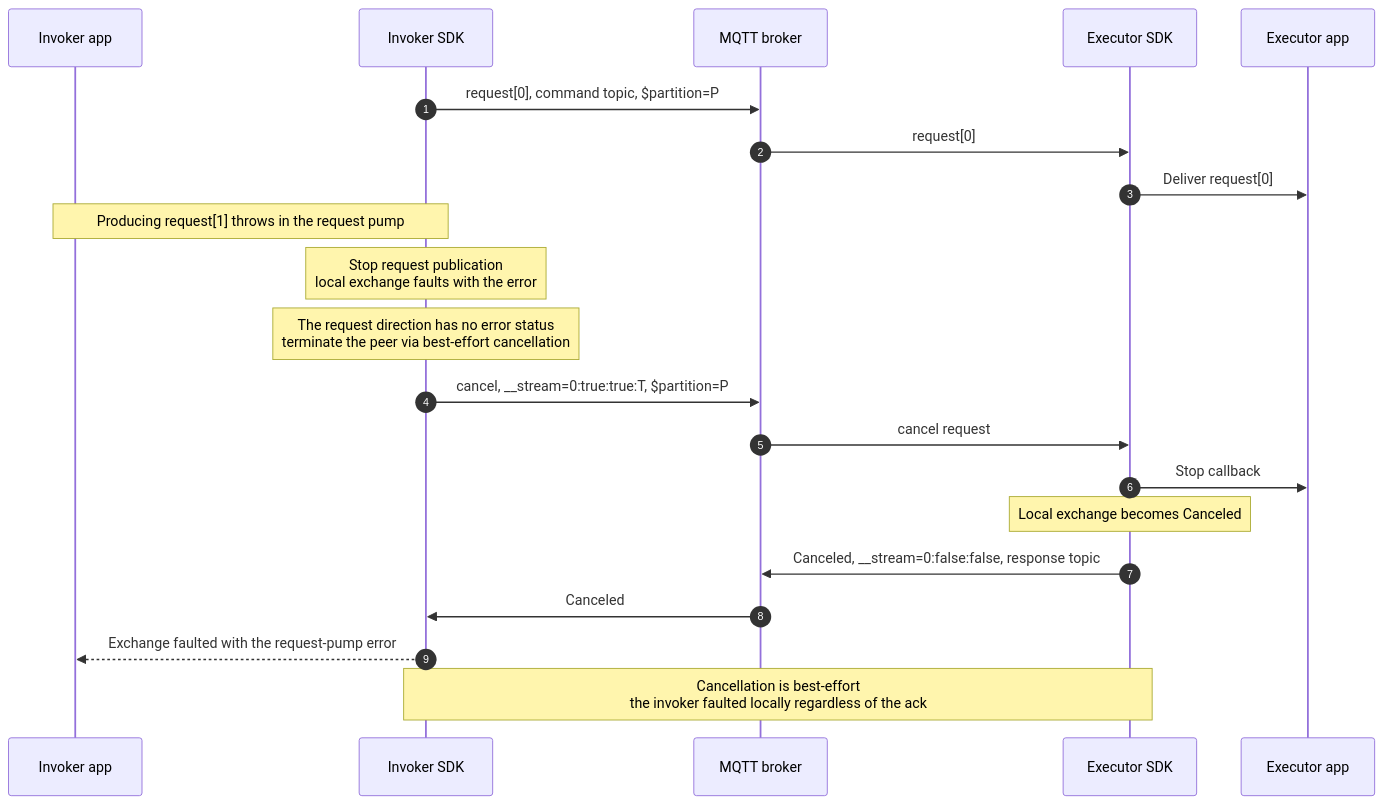
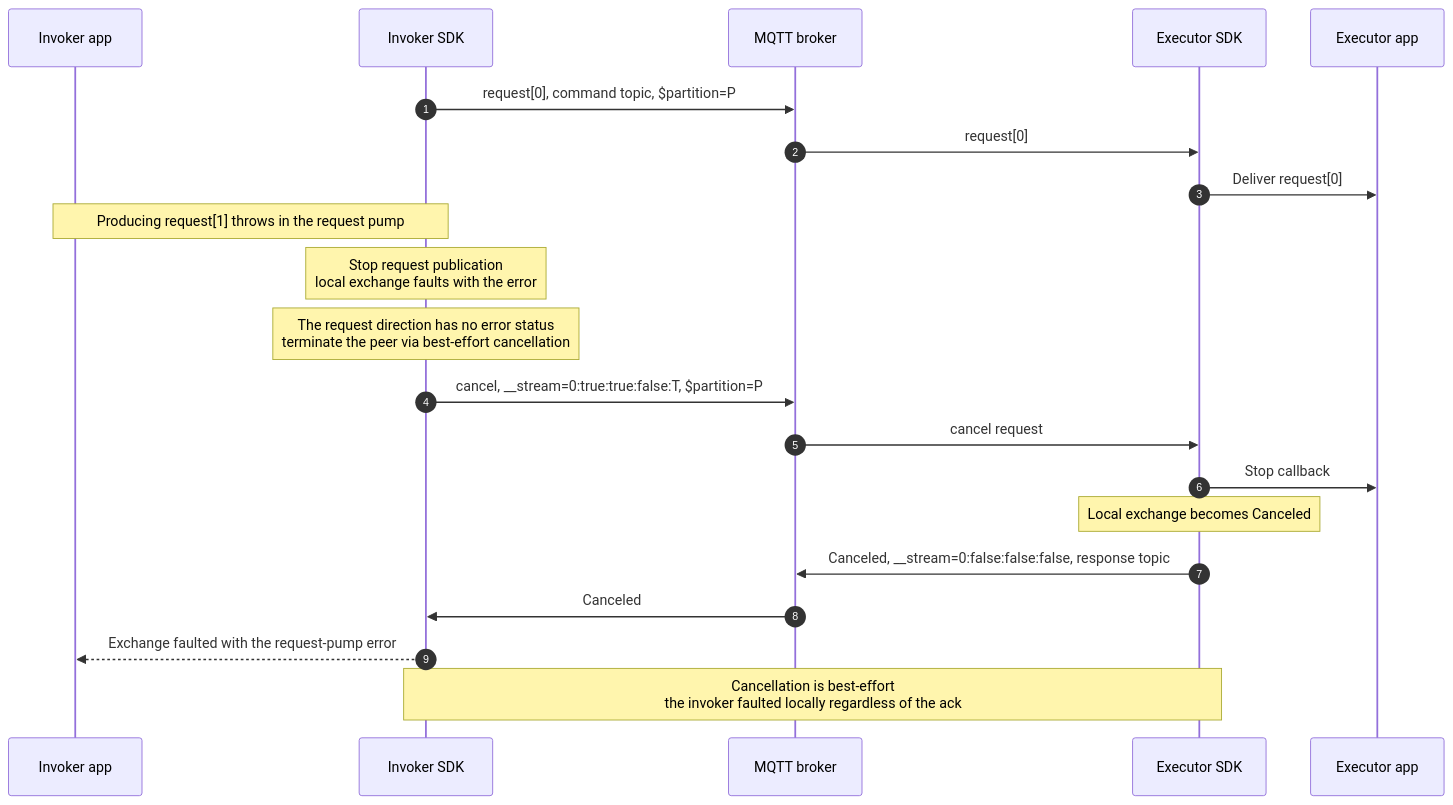
One commit to Azure/iot-operations-sdks changed the eighth of 9 diagrams in doc/dev/adr/0025-rpc-streaming-lifecycle-diagrams.md. Above: the diagram before and after it, drawn with Mermaid. The commit also changed other lines of this file and 1 other file, not shown here.

First line of the commit message:
ADR 25: clarify exchange routing and align lifecycle diagrams

````diff
--- a/doc/dev/adr/0025-rpc-streaming-lifecycle-diagrams.md
+++ b/doc/dev/adr/0025-rpc-streaming-lifecycle-diagrams.md
@@ -320,24 +307,24 @@
 ```mermaid
 sequenceDiagram
     autonumber
     participant IA as Invoker app
     participant IS as Invoker SDK
     participant B as MQTT broker
     participant ES as Executor SDK
     participant EA as Executor app
 
     IS->>B: request[0], command topic, $partition=P
     B->>ES: request[0]
     ES->>EA: Deliver request[0]
     Note over IA,IS: Producing request[1] throws in the request pump
     Note over IS: Stop request publication<br/>local exchange faults with the error
     Note over IS: The request direction has no error status<br/>terminate the peer via best-effort cancellation
-    IS->>B: cancel, __stream=0:true:true:T, $partition=P
+    IS->>B: cancel, __stream=0:true:true:false:T, $partition=P
     B->>ES: cancel request
     ES->>EA: Stop callback
     Note over ES: Local exchange becomes Canceled
-    ES->>B: Canceled, __stream=0:false:false, response topic
+    ES->>B: Canceled, __stream=0:false:false:false, response topic
     B->>IS: Canceled
     IS-->>IA: Exchange faulted with the request-pump error
     Note over IS,ES: Cancellation is best-effort<br/>the invoker faulted locally regardless of the ack
 ```
````
